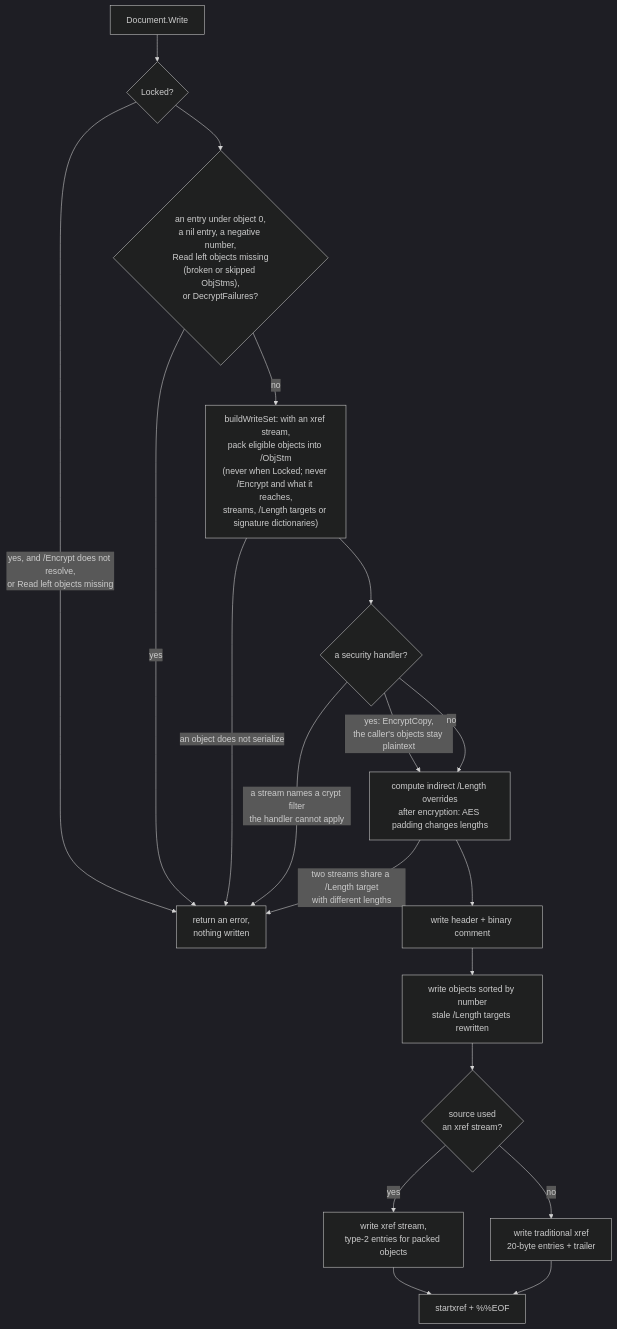
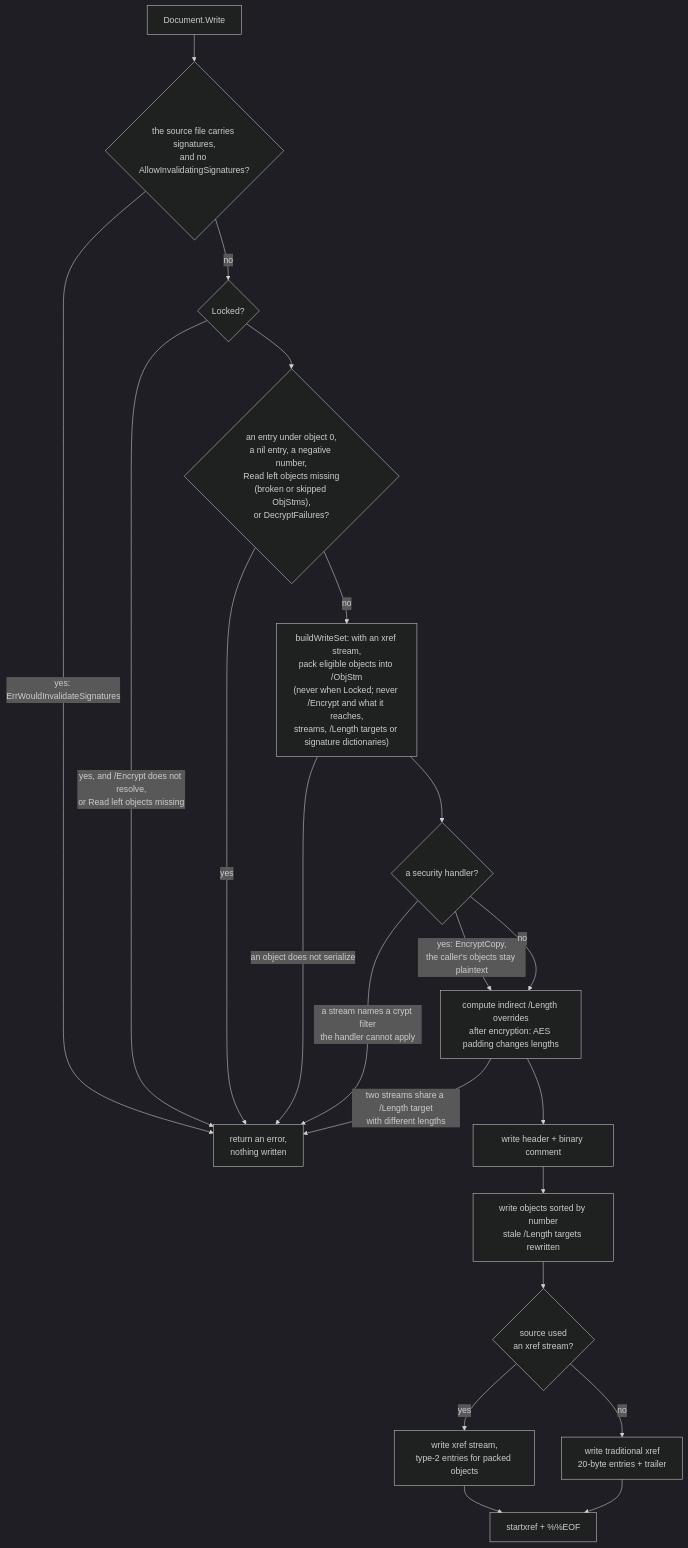
Before and after one commit to mgilbir/pdf0: the fifth of 5 diagrams in docs/architecture.md, drawn with Mermaid (dark theme). The commit also changed other lines of this file and 3 other files, not shown here.

First line of the commit message:
architecture, ADR 0019: consent to invalidate signatures is held by the Document

````diff
--- a/docs/architecture.md
+++ b/docs/architecture.md
@@ -391,21 +404,23 @@
 ```mermaid
 flowchart TD
-    A[Document.Write] --> L{Locked?}
+    A[Document.Write] --> SIG{"the source file carries signatures,<br/>and no AllowInvalidatingSignatures?"}
+    SIG -->|"yes: ErrWouldInvalidateSignatures"| X
+    SIG -->|no| L{Locked?}
     L -->|"yes, and /Encrypt does not resolve,<br/>or Read left objects missing"| X[return an error,<br/>nothing written]
     L --> B{"an entry under object 0,<br/>a nil entry, a negative number,<br/>Read left objects missing<br/>(broken or skipped ObjStms),<br/>or DecryptFailures?"}
     B -->|yes| X
     B -->|no| WS["buildWriteSet: with an xref stream,<br/>pack eligible objects into /ObjStm<br/>(never when Locked; never /Encrypt and what it reaches,<br/>streams, /Length targets or signature dictionaries)"]
     WS -->|an object does not serialize| X
     WS --> ENC{"a security handler?"}
     ENC -->|"yes: EncryptCopy,<br/>the caller's objects stay plaintext"| LEN
     ENC -->|a stream names a crypt filter<br/>the handler cannot apply| X
     ENC -->|no| LEN["compute indirect /Length overrides<br/>after encryption: AES padding changes lengths"]
     LEN -->|"two streams share a /Length target<br/>with different lengths"| X
     LEN --> D[write header + binary comment]
     D --> E[write objects sorted by number<br/>stale /Length targets rewritten]
     E --> F{source used<br/>an xref stream?}
     F -->|yes| G1[write xref stream,<br/>type-2 entries for packed objects]
     F -->|no| G2[write traditional xref<br/>20-byte entries + trailer]
     G1 --> H[startxref + %%EOF]
     G2 --> H
 ```
````
